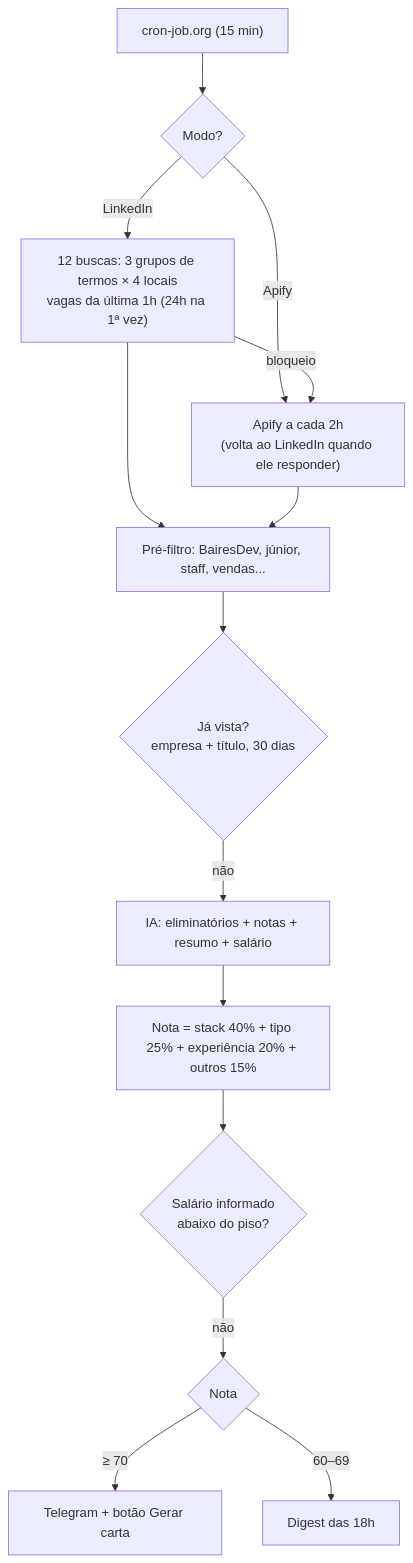
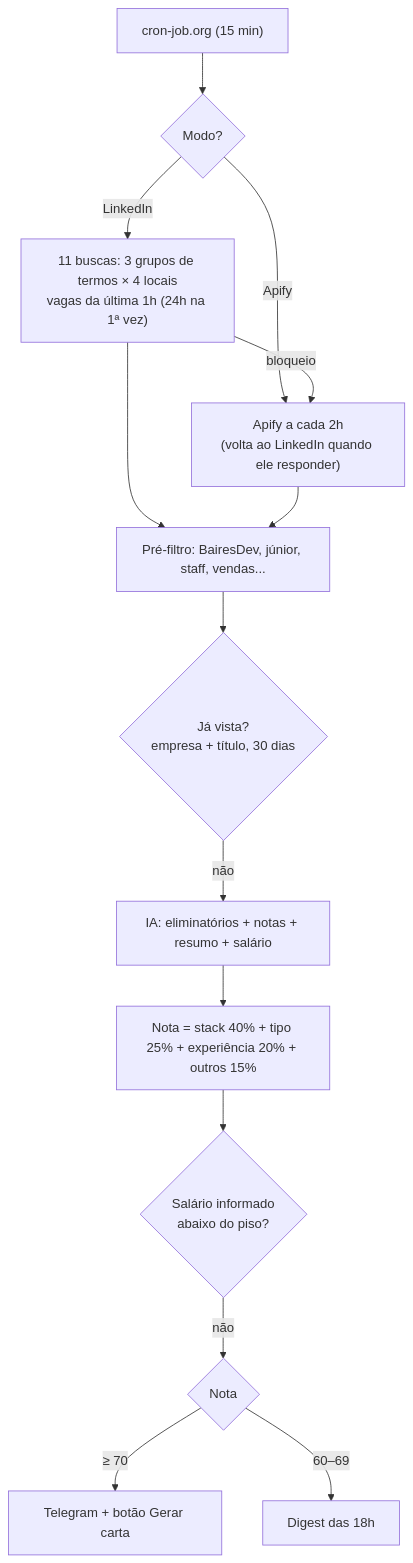
One commit to Humberto-Hechert/telegram-recruiter changed the second of 2 diagrams in docs/DOCUMENTACAO.md. Above: the diagram before and after it, drawn with Mermaid. The commit also changed other lines of this file and 15 other files, not shown here.

Commit message:
fix: Reduz gravações no KV, ajusta termos, locais e pré-filtro

````diff
--- a/docs/DOCUMENTACAO.md
+++ b/docs/DOCUMENTACAO.md
@@ -23,16 +63,16 @@
 ```mermaid
 flowchart TD
     CJ["cron-job.org (15 min)"] --> SRC{"Modo?"}
-    SRC -->|LinkedIn| LI["12 buscas: 3 grupos de termos × 4 locais<br/>vagas da última 1h (24h na 1ª vez)"]
+    SRC -->|LinkedIn| LI["11 buscas: 3 grupos de termos × 4 locais<br/>vagas da última 1h (24h na 1ª vez)"]
     SRC -->|Apify| AP["Apify a cada 2h<br/>(volta ao LinkedIn quando ele responder)"]
     LI -->|bloqueio| AP
     LI --> PF["Pré-filtro: BairesDev, júnior, staff, vendas..."]
     AP --> PF
     PF --> DD{"Já vista?<br/>empresa + título, 30 dias"}
     DD -->|não| IA["IA: eliminatórios + notas + resumo + salário"]
     IA --> NOTA["Nota = stack 40% + tipo 25% + experiência 20% + outros 15%"]
     NOTA --> PISO{"Salário informado<br/>abaixo do piso?"}
     PISO -->|não| D{Nota}
     D -->|≥ 70| TG["Telegram + botão Gerar carta"]
     D -->|60–69| DIG["Digest das 18h"]
 ```
````
